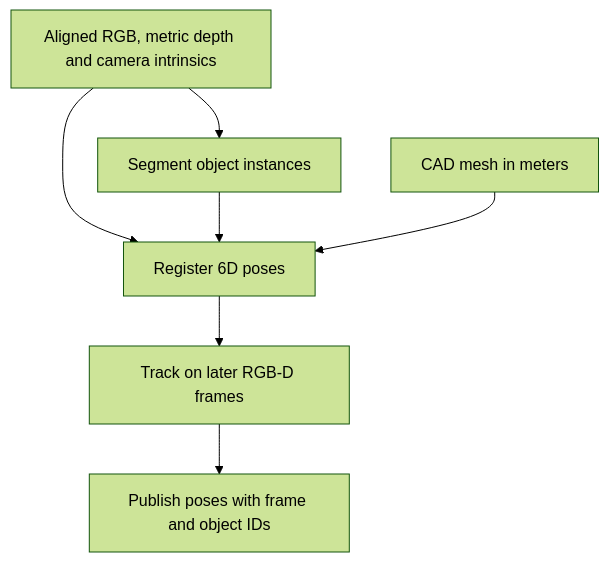
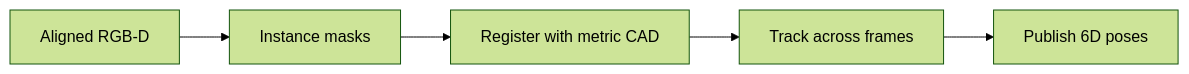
Before and after one commit to leochien1110/foundationpose-showroom: the diagram in README.md, drawn with Mermaid (forest theme). The commit also changed other lines of this file, not shown here.

````diff
--- a/README.md
+++ b/README.md
@@ -102,9 +96,7 @@
 ```mermaid
-flowchart TD
-    frame["Aligned RGB, metric depth and camera intrinsics"] --> masks["Segment object instances"]
-    frame --> register["Register 6D poses"]
-    masks --> register
-    mesh["CAD mesh in meters"] --> register
-    register --> track["Track on later RGB-D frames"]
-    track --> publish["Publish poses with frame and object IDs"]
+flowchart LR
+    camera["Aligned RGB-D"] --> masks["Instance masks"]
+    masks --> register["Register with metric CAD"]
+    register --> track["Track across frames"]
+    track --> publish["Publish 6D poses"]
 ```
````
